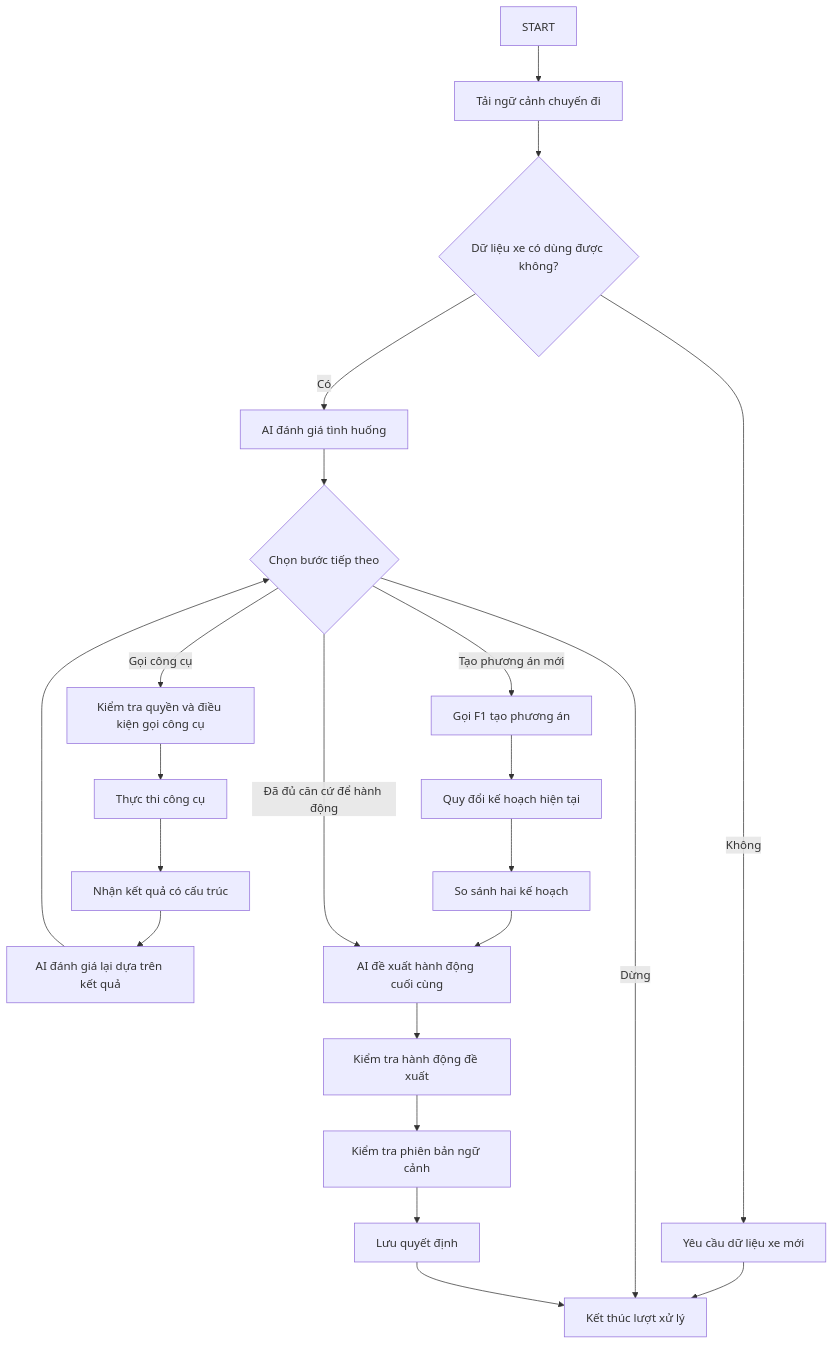
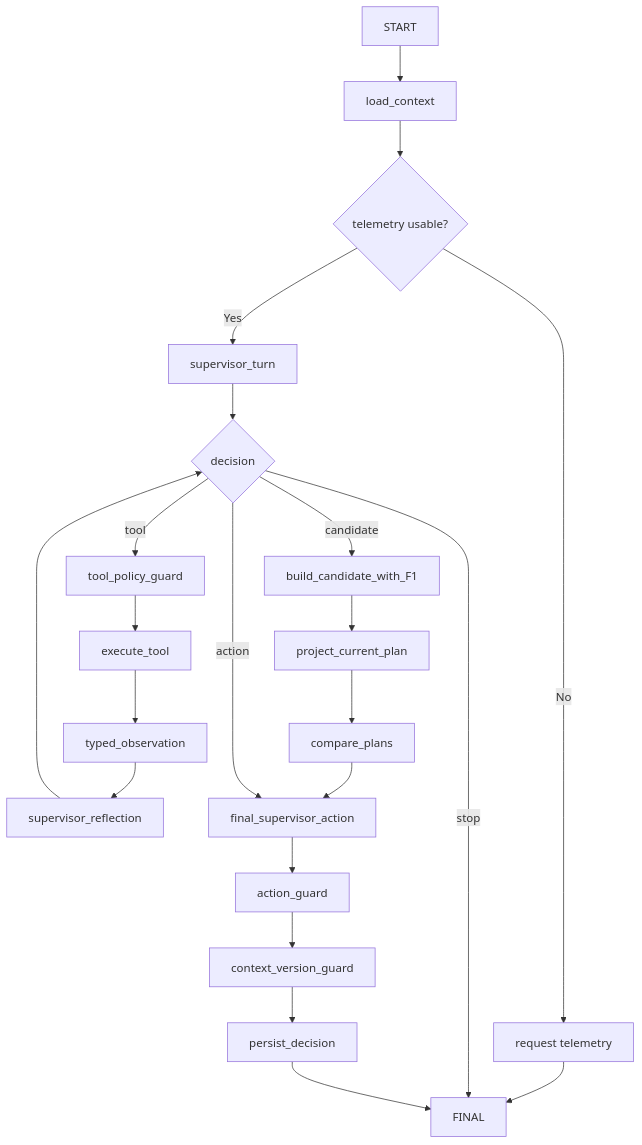
Before and after one commit to hoangnph951/Deploy_EV: the third of 3 diagrams in docs/FEATURE_4_IMPLEMENTATION_SPEC_v2.0.md, drawn with Mermaid. The commit also changed other lines of this file and 102 other files, not shown here.

````diff
--- a/docs/FEATURE_4_IMPLEMENTATION_SPEC_v2.0.md
+++ b/docs/FEATURE_4_IMPLEMENTATION_SPEC_v2.0.md
@@ -1869,31 +1851,31 @@
 ```mermaid
 flowchart TD
-    START --> LOAD[Tải ngữ cảnh chuyến đi]
-    LOAD --> CHECK{Dữ liệu xe có dùng được không?}
+    START --> LOAD[load_context]
+    LOAD --> CHECK{telemetry usable?}
 
-    CHECK -->|Không| REFRESH[Yêu cầu dữ liệu xe mới]
-    REFRESH --> FINAL[Kết thúc lượt xử lý]
+    CHECK -->|No| REFRESH[request telemetry]
+    REFRESH --> FINAL
 
-    CHECK -->|Có| SUP[AI đánh giá tình huống]
+    CHECK -->|Yes| SUP[supervisor_turn]
 
-    SUP --> DEC{Chọn bước tiếp theo}
+    SUP --> DEC{decision}
 
-    DEC -->|Gọi công cụ| POLICY[Kiểm tra quyền và điều kiện gọi công cụ]
-    POLICY --> EXEC[Thực thi công cụ]
-    EXEC --> OBS[Nhận kết quả có cấu trúc]
-    OBS --> REFLECT[AI đánh giá lại dựa trên kết quả]
+    DEC -->|tool| POLICY[tool_policy_guard]
+    POLICY --> EXEC[execute_tool]
+    EXEC --> OBS[typed_observation]
+    OBS --> REFLECT[supervisor_reflection]
     REFLECT --> DEC
 
-    DEC -->|Tạo phương án mới| BUILD[Gọi F1 tạo phương án]
-    BUILD --> PROJECT[Quy đổi kế hoạch hiện tại]
-    PROJECT --> DIFF[So sánh hai kế hoạch]
-    DIFF --> ACTION[AI đề xuất hành động cuối cùng]
+    DEC -->|candidate| BUILD[build_candidate_with_F1]
+    BUILD --> PROJECT[project_current_plan]
+    PROJECT --> DIFF[compare_plans]
+    DIFF --> ACTION[final_supervisor_action]
 
-    DEC -->|Đã đủ căn cứ để hành động| ACTION
-    DEC -->|Dừng| FINAL
+    DEC -->|action| ACTION
+    DEC -->|stop| FINAL
 
-    ACTION --> AG[Kiểm tra hành động đề xuất]
-    AG --> CV[Kiểm tra phiên bản ngữ cảnh]
-    CV --> PERSIST[Lưu quyết định]
+    ACTION --> AG[action_guard]
+    AG --> CV[context_version_guard]
+    CV --> PERSIST[persist_decision]
     PERSIST --> FINAL
 ```
````
